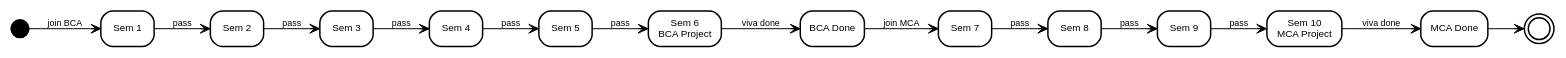
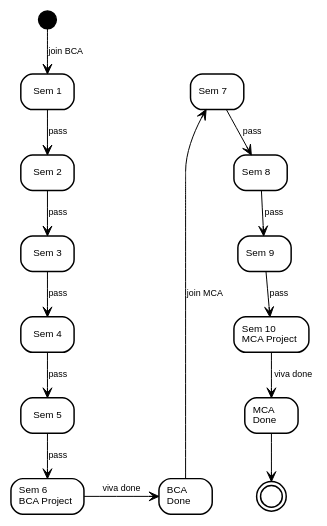
The diagram in docs/diagrams/11-state-student.dot (akshita777/iips-ug-pg-project-repository-system), drawn with Graphviz before and after one commit. The commit also changed 60 other files, not shown here.

First line of the commit message:
Switch diagrams to PNG and fix layouts that were hard to read

```diff
--- a/docs/diagrams/11-state-student.dot
+++ b/docs/diagrams/11-state-student.dot
@@ -1,38 +1,49 @@
 digraph state_student {
-  rankdir=LR;
+  rankdir=TB;
   bgcolor="white";
   fontname="Helvetica";
+  nodesep=0.45;
+  ranksep=0.5;
 
   node [fontname="Helvetica", fontsize=10, shape=box, style="rounded,filled",
         fillcolor="white", color="black", penwidth=1.5];
   edge [fontname="Helvetica", fontsize=9, color="black", arrowhead="vee"];
 
   start [label="", shape=circle, style="filled", fillcolor="black", width=0.25, height=0.25];
   s1 [label="Sem 1"];
   s2 [label="Sem 2"];
   s3 [label="Sem 3"];
   s4 [label="Sem 4"];
   s5 [label="Sem 5"];
-  s6 [label="Sem 6\nBCA Project"];
-  bca [label="BCA Done"];
-  s7 [label="Sem 7"];
-  s8 [label="Sem 8"];
-  s9 [label="Sem 9"];
-  s10 [label="Sem 10\nMCA Project"];
-  mca [label="MCA Done"];
+  s6 [label="Sem 6\lBCA Project\l"];
+  bca [label="BCA\lDone\l"];
+  s7 [label="Sem 7\l"];
+  s8 [label="Sem 8\l"];
+  s9 [label="Sem 9\l"];
+  s10 [label="Sem 10\lMCA Project\l"];
+  mca [label="MCA\lDone\l"];
   end [label="", shape=doublecircle, style="filled", fillcolor="white", color="black", width=0.3, height=0.3];
+
+  // BCA semesters run down the left column, MCA down the right
+  { rank=same; s1; s7; }
+  { rank=same; s2; s8; }
+  { rank=same; s3; s9; }
+  { rank=same; s4; s10; }
+  { rank=same; s5; mca; }
+  { rank=same; s6; bca; }
 
   start -> s1 [label="join BCA"];
   s1 -> s2 [label="pass"];
   s2 -> s3 [label="pass"];
   s3 -> s4 [label="pass"];
   s4 -> s5 [label="pass"];
   s5 -> s6 [label="pass"];
   s6 -> bca [label="viva done"];
+
   bca -> s7 [label="join MCA"];
   s7 -> s8 [label="pass"];
   s8 -> s9 [label="pass"];
   s9 -> s10 [label="pass"];
   s10 -> mca [label="viva done"];
   mca -> end;
 }
```
